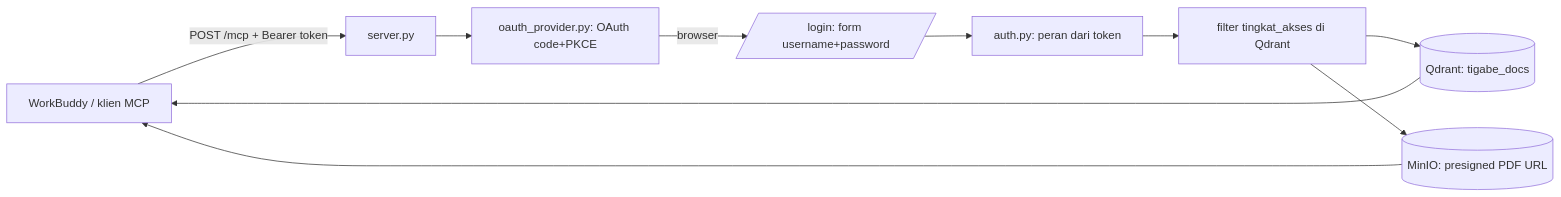
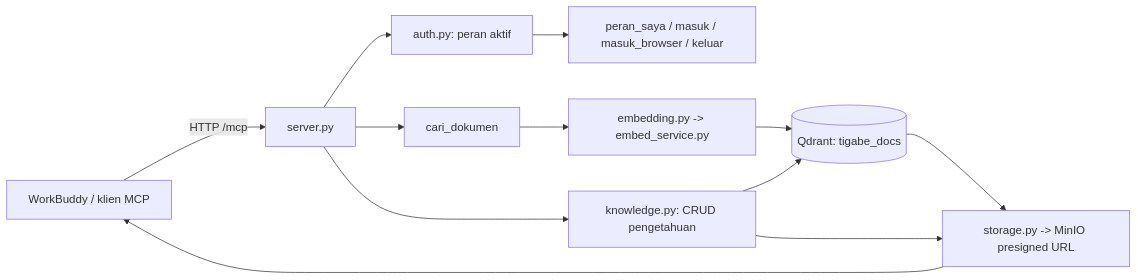
The diagram in README.md (gitnugs/TigaBeMCP), drawn with Mermaid before and after one commit. The commit also changed other lines of this file, not shown here.

Commit message:
docs: rewrite README for v2 (knowledge mgmt, admin, audit, workbuddy export, per-script guide)

````diff
--- a/README.md
+++ b/README.md
@@ -10,12 +24,14 @@
 ```mermaid
 flowchart LR
-    W[WorkBuddy / klien MCP] -->|POST /mcp + Bearer token| S[server.py]
-    S --> O[oauth_provider.py: OAuth code+PKCE]
-    O -->|browser| L[/login: form username+password/]
-    L --> P[auth.py: peran dari token]
-    P --> F[filter tingkat_akses di Qdrant]
-    F --> Q[(Qdrant: tigabe_docs)]
-    F --> M[(MinIO: presigned PDF URL)]
-    Q --> W
+    W[WorkBuddy / klien MCP] -->|HTTP /mcp| S[server.py]
+    S --> A[auth.py: peran aktif]
+    A --> P[peran_saya / masuk / masuk_browser / keluar]
+    S --> C[cari_dokumen]
+    C --> E[embedding.py -> embed_service.py]
+    E --> Q[(Qdrant: tigabe_docs)]
+    Q --> M[storage.py -> MinIO presigned URL]
     M --> W
+    S --> K[knowledge.py: CRUD pengetahuan]
+    K --> M
+    K --> Q
 ```
````
